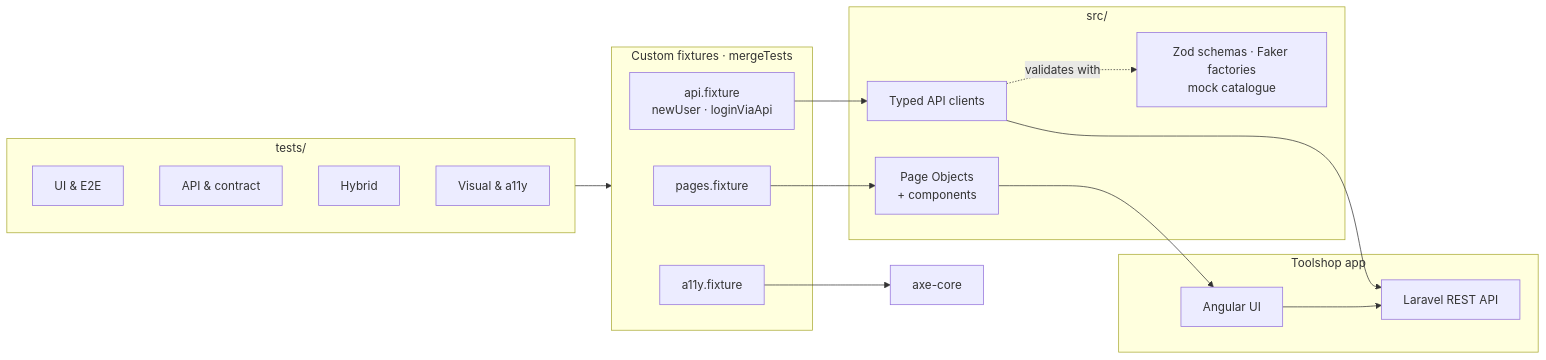
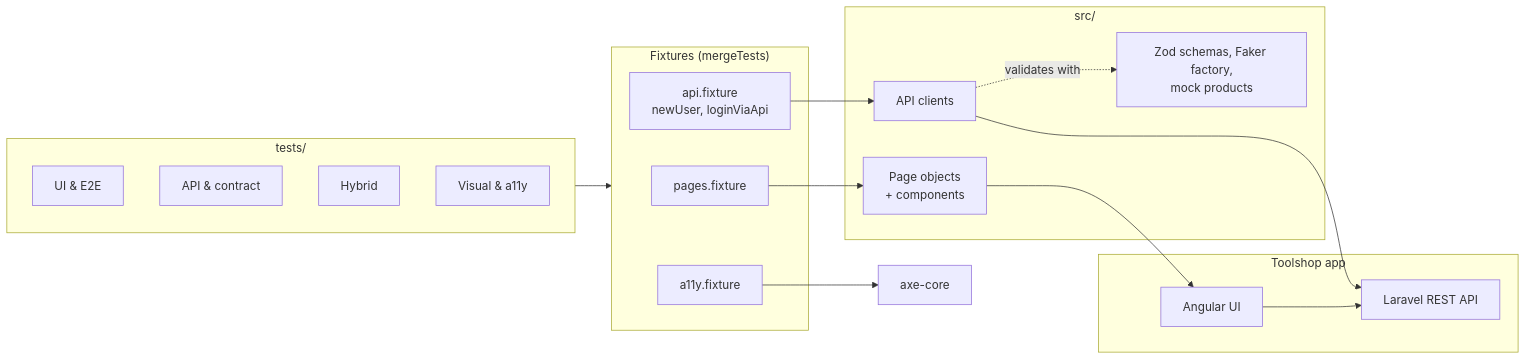
The first of 2 diagrams in README.md (Manimaran3101/playwright-enterprise-framework), drawn with Mermaid before and after one commit. The commit also changed other lines of this file and 42 other files, not shown here.

````diff
--- a/README.md
+++ b/README.md
@@ -31,35 +38,35 @@
 ```mermaid
 flowchart LR
     subgraph Tests["tests/"]
         UI["UI & E2E"]
         API["API & contract"]
         HY["Hybrid"]
         VIS["Visual & a11y"]
     end
 
-    subgraph Fixtures["Custom fixtures · mergeTests"]
+    subgraph Fixtures["Fixtures (mergeTests)"]
         PF["pages.fixture"]
-        AF["api.fixture<br/>newUser · loginViaApi"]
+        AF["api.fixture<br/>newUser, loginViaApi"]
         XF["a11y.fixture"]
     end
 
     subgraph Framework["src/"]
-        POM["Page Objects<br/>+ components"]
-        CL["Typed API clients"]
-        DATA["Zod schemas · Faker factories<br/>mock catalogue"]
+        POM["Page objects<br/>+ components"]
+        CL["API clients"]
+        DATA["Zod schemas, Faker factory,<br/>mock products"]
     end
 
     subgraph SUT["Toolshop app"]
         WEB["Angular UI"]
         REST["Laravel REST API"]
     end
 
     Tests --> Fixtures
     PF --> POM
     AF --> CL
     XF --> AXE["axe-core"]
     POM --> WEB
     CL --> REST
     CL -. validates with .-> DATA
     WEB --> REST
 ```
````
